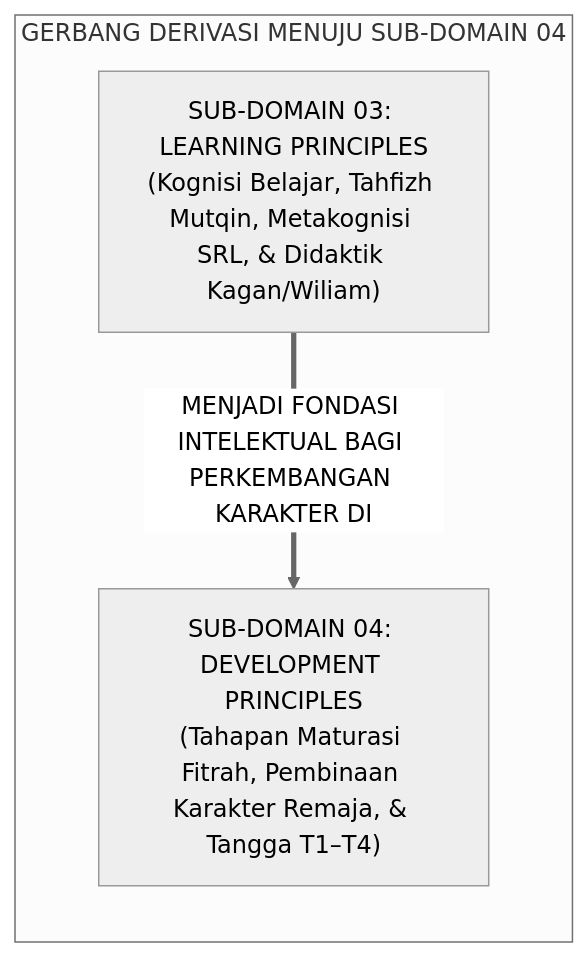
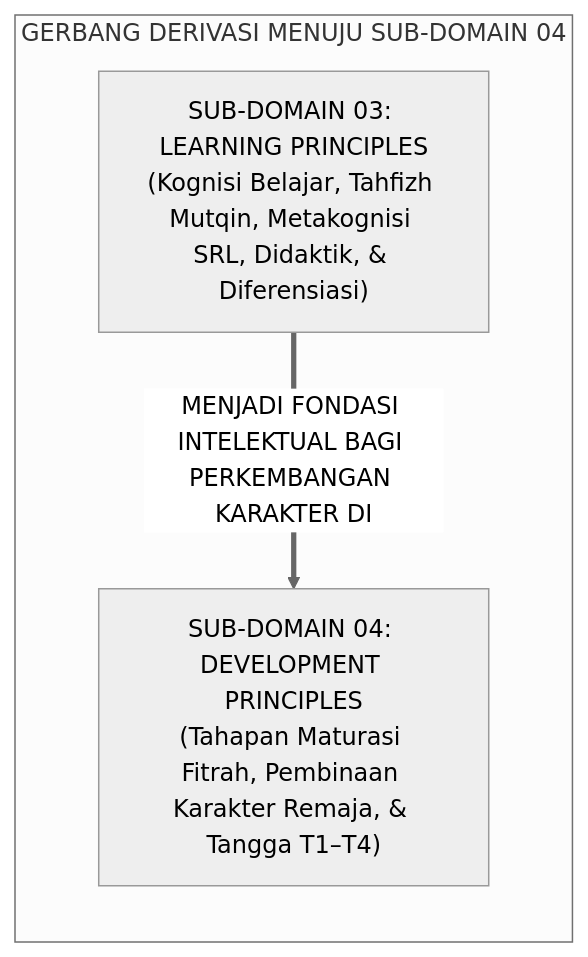
The third of 3 diagrams in 02 Principles/03 Learning Principles/P2-03-Prinsip-Psikologi-Belajar-TUMBUH.md (wandiapriliyandi/tumbuh), drawn with Mermaid (neutral theme) before and after one commit. The commit also changed other lines of this file and 32 other files, not shown here.

Commit message:
feat(principles): expand organically Domain 02 Principles with non-uniform deep monographs (62 files total, max 10/sub-domain)

````diff
--- a/02 Principles/03 Learning Principles/P2-03-Prinsip-Psikologi-Belajar-TUMBUH.md
+++ b/02 Principles/03 Learning Principles/P2-03-Prinsip-Psikologi-Belajar-TUMBUH.md
@@ -120,10 +123,10 @@
 ```mermaid
 graph LR
     subgraph GerbangDerivasiDevelopmentPrinciples["GERBANG DERIVASI MENUJU SUB-DOMAIN 04"]
-        D2_03["SUB-DOMAIN 03: LEARNING PRINCIPLES<br/>(Kognisi Belajar, Tahfizh Mutqin, Metakognisi SRL, & Didaktik Kagan/Wiliam)"]
+        D2_03["SUB-DOMAIN 03: LEARNING PRINCIPLES<br/>(Kognisi Belajar, Tahfizh Mutqin, Metakognisi SRL, Didaktik, & Diferensiasi)"]
         
         D2_04["SUB-DOMAIN 04: DEVELOPMENT PRINCIPLES<br/>(Tahapan Maturasi Fitrah, Pembinaan Karakter Remaja, & Tangga T1–T4)"]
         
         D2_03 ==>|MENJADI FONDASI INTELEKTUAL BAGI PERKEMBANGAN KARAKTER DI| D2_04
     end
 ```
````
